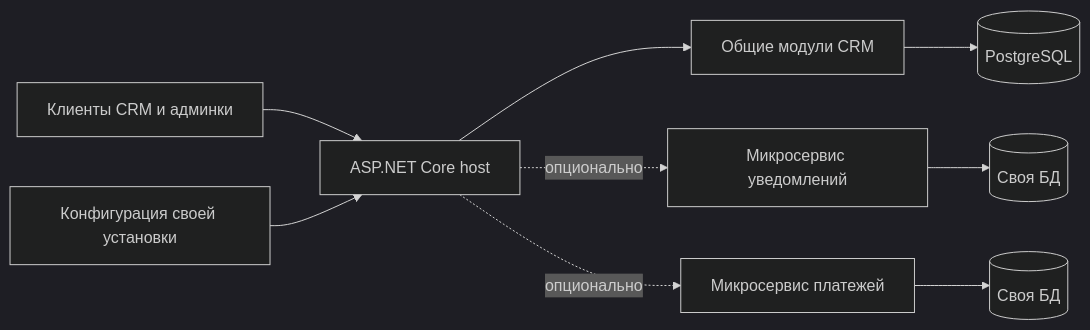
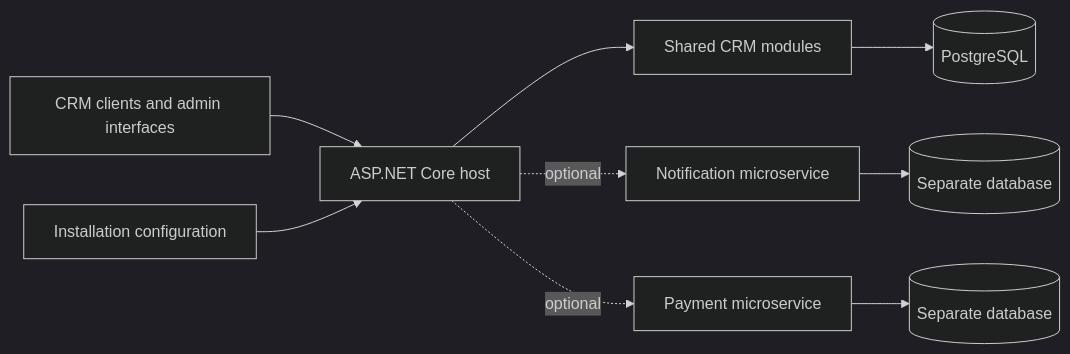
One commit to eddchervov/OpenCRM changed the diagram in README.md. Above: the diagram before and after it, drawn with Mermaid (dark theme). The commit also changed other lines of this file and 1 other file, not shown here.

````diff
--- a/README.md
+++ b/README.md
@@ -70,11 +74,11 @@
 ```mermaid
 flowchart LR
-    UI["Клиенты CRM и админки"] --> Host["ASP.NET Core host"]
-    Config["Конфигурация своей установки"] --> Host
-    Host --> Core["Общие модули CRM"]
+    UI["CRM clients and admin interfaces"] --> Host["ASP.NET Core host"]
+    Config["Installation configuration"] --> Host
+    Host --> Core["Shared CRM modules"]
     Core --> DB[(PostgreSQL)]
-    Host -. "опционально" .-> Notify["Микросервис уведомлений"]
-    Host -. "опционально" .-> Pay["Микросервис платежей"]
-    Notify --> NotifyDB[(Своя БД)]
-    Pay --> PayDB[(Своя БД)]
+    Host -. "optional" .-> Notify["Notification microservice"]
+    Host -. "optional" .-> Pay["Payment microservice"]
+    Notify --> NotifyDB[(Separate database)]
+    Pay --> PayDB[(Separate database)]
 ```
````
